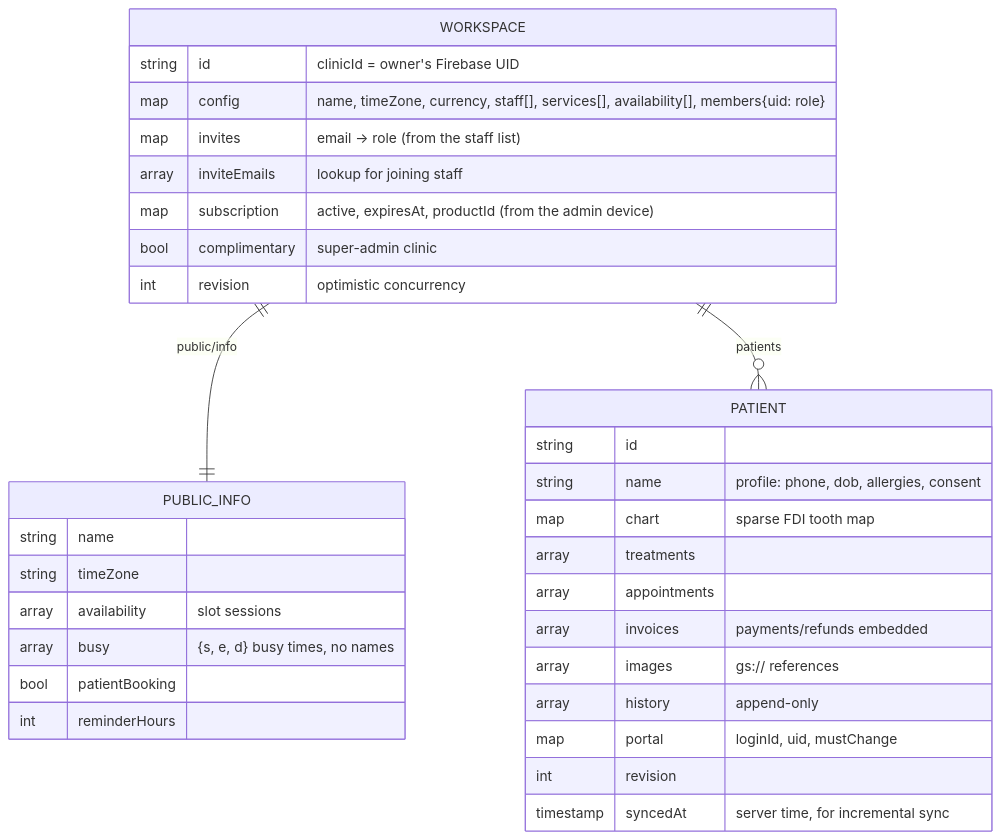
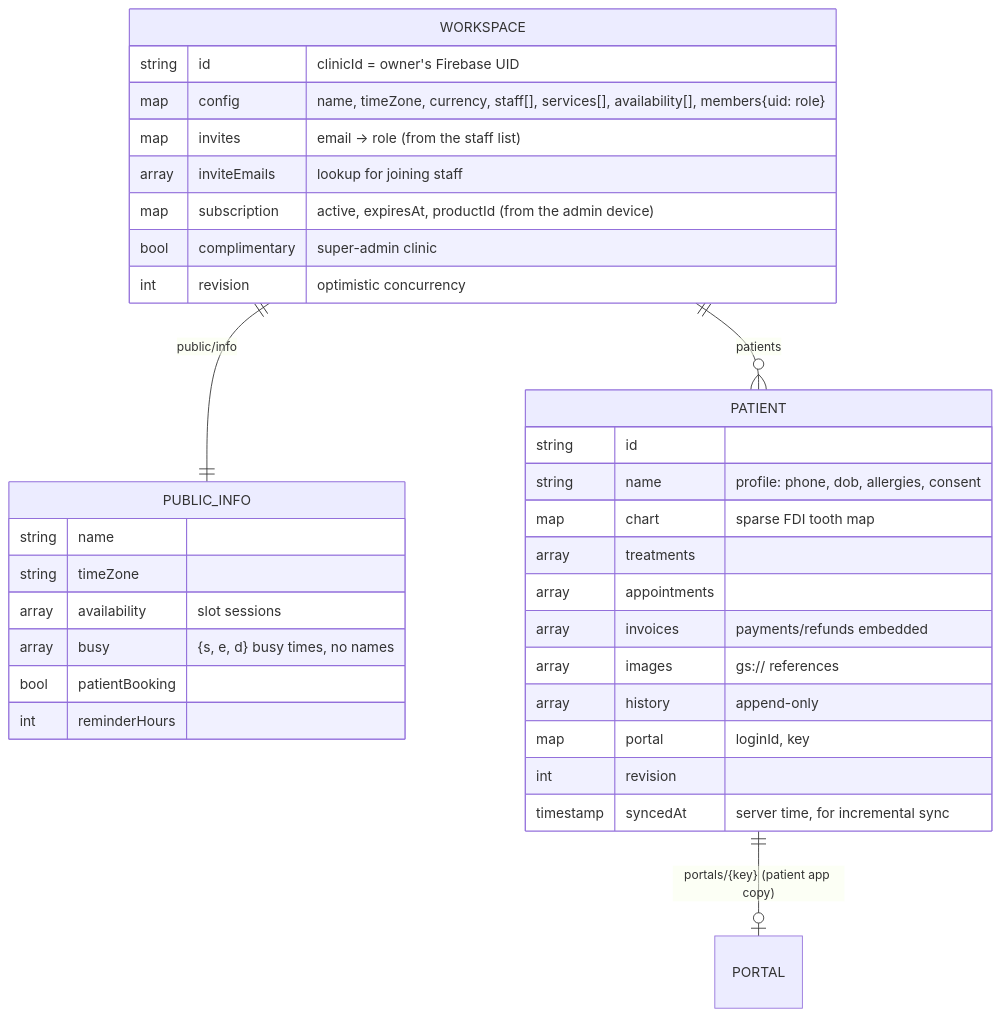
The second of 6 diagrams in Docs/firebase_architecture.md (arifincsebuet/Dental), drawn with Mermaid before and after one commit. The commit also changed other lines of this file and 13 other files, not shown here.

````diff
--- a/Docs/firebase_architecture.md
+++ b/Docs/firebase_architecture.md
@@ -49,35 +49,36 @@
 ```mermaid
 erDiagram
   WORKSPACE ||--|| PUBLIC_INFO : "public/info"
+  PATIENT ||--o| PORTAL : "portals/{key} (patient app copy)"
   WORKSPACE ||--o{ PATIENT : "patients"
   WORKSPACE {
     string id "clinicId = owner's Firebase UID"
     map config "name, timeZone, currency, staff[], services[], availability[], members{uid: role}"
     map invites "email -> role (from the staff list)"
     array inviteEmails "lookup for joining staff"
     map subscription "active, expiresAt, productId (from the admin device)"
     bool complimentary "super-admin clinic"
     int revision "optimistic concurrency"
   }
   PUBLIC_INFO {
     string name
     string timeZone
     array availability "slot sessions"
     array busy "{s, e, d} busy times, no names"
     bool patientBooking
     int reminderHours
   }
   PATIENT {
     string id
     string name "profile: phone, dob, allergies, consent"
     map chart "sparse FDI tooth map"
     array treatments
     array appointments
     array invoices "payments/refunds embedded"
     array images "gs:// references"
     array history "append-only"
-    map portal "loginId, uid, mustChange"
+    map portal "loginId, key"
     int revision
     timestamp syncedAt "server time, for incremental sync"
   }
 ```
````
